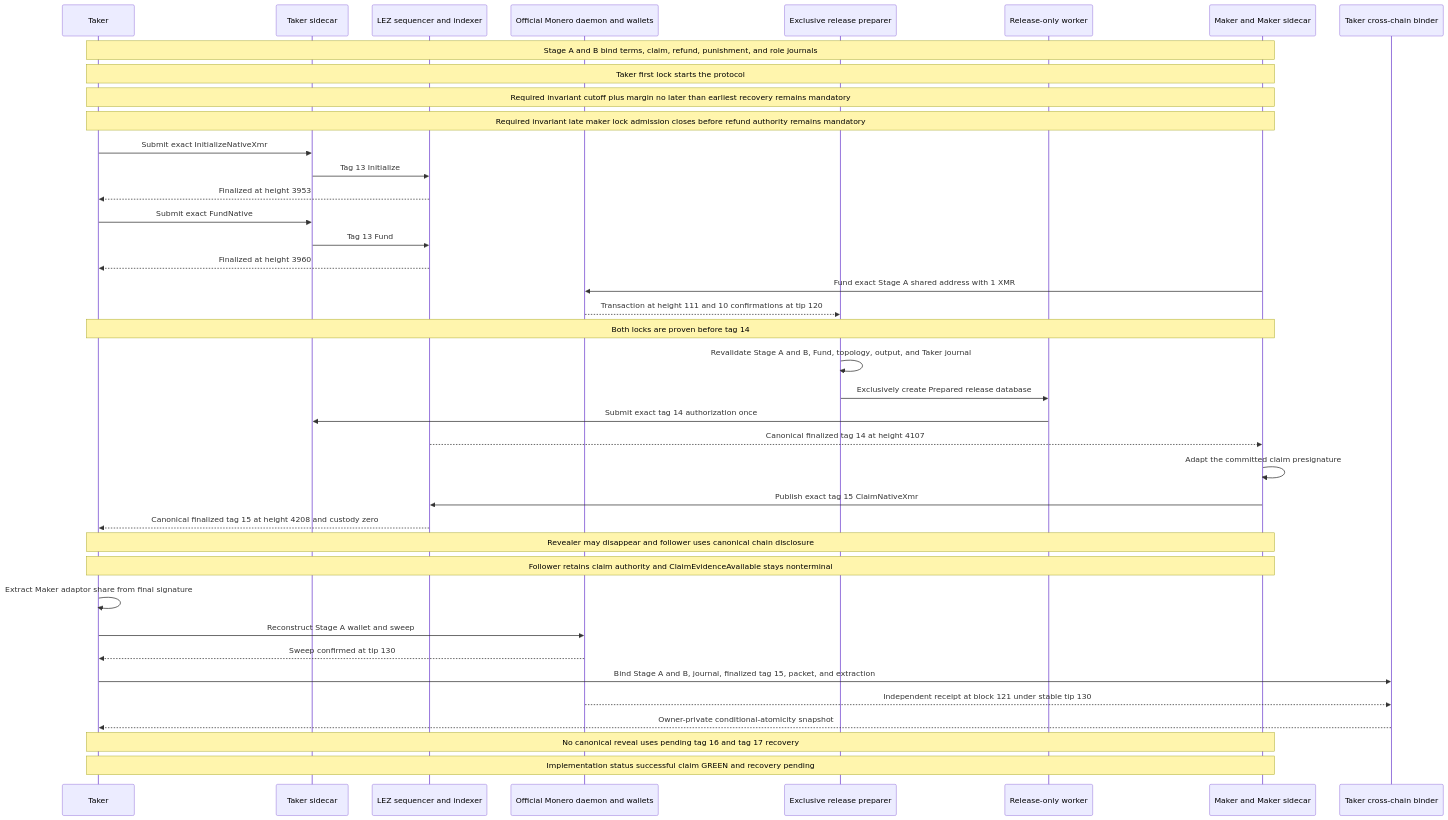
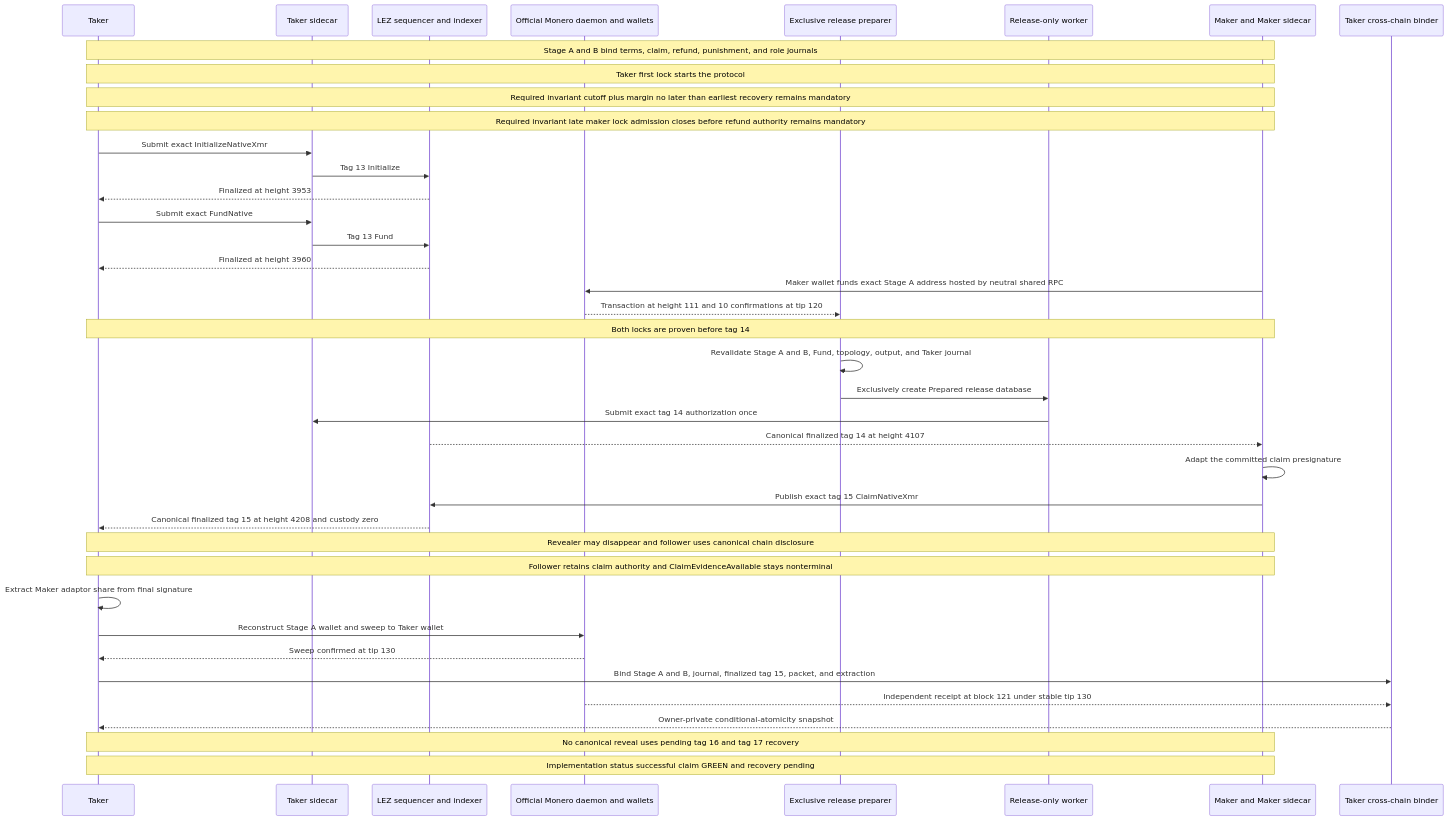
One commit to gateway-fm/lez-atomic-swaps changed diagram 24 of 30 in docs/architecture/system-architecture.md. Above: the diagram before and after it, drawn with Mermaid. The commit also changed other lines of this file and 17 other files, not shown here.

````diff
--- a/docs/architecture/system-architecture.md
+++ b/docs/architecture/system-architecture.md
@@ -2366,42 +2366,42 @@
 ```mermaid
 sequenceDiagram
     participant T as Taker
     participant TS as Taker sidecar
     participant L as LEZ sequencer and indexer
     participant X as Official Monero daemon and wallets
     participant P as Exclusive release preparer
     participant W as Release-only worker
     participant M as Maker and Maker sidecar
     participant B as Taker cross-chain binder
 
     Note over T,M: Stage A and B bind terms, claim, refund, punishment, and role journals
     Note over T,M: Taker first lock starts the protocol
     Note over T,M: Required invariant cutoff plus margin no later than earliest recovery remains mandatory
     Note over T,M: Required invariant late maker lock admission closes before refund authority remains mandatory
     T->>TS: Submit exact InitializeNativeXmr
     TS->>L: Tag 13 Initialize
     L-->>T: Finalized at height 3953
     T->>TS: Submit exact FundNative
     TS->>L: Tag 13 Fund
     L-->>T: Finalized at height 3960
-    M->>X: Fund exact Stage A shared address with 1 XMR
+    M->>X: Maker wallet funds exact Stage A address hosted by neutral shared RPC
     X-->>P: Transaction at height 111 and 10 confirmations at tip 120
     Note over T,M: Both locks are proven before tag 14
     P->>P: Revalidate Stage A and B, Fund, topology, output, and Taker journal
     P->>W: Exclusively create Prepared release database
     W->>TS: Submit exact tag 14 authorization once
     L-->>M: Canonical finalized tag 14 at height 4107
     M->>M: Adapt the committed claim presignature
     M->>L: Publish exact tag 15 ClaimNativeXmr
     L-->>T: Canonical finalized tag 15 at height 4208 and custody zero
     Note over T,M: Revealer may disappear and follower uses canonical chain disclosure
     Note over T,M: Follower retains claim authority and ClaimEvidenceAvailable stays nonterminal
     T->>T: Extract Maker adaptor share from final signature
-    T->>X: Reconstruct Stage A wallet and sweep
+    T->>X: Reconstruct Stage A wallet and sweep to Taker wallet
     X-->>T: Sweep confirmed at tip 130
     T->>B: Bind Stage A and B, journal, finalized tag 15, packet, and extraction
     X-->>B: Independent receipt at block 121 under stable tip 130
     B-->>T: Owner-private conditional-atomicity snapshot
     Note over T,M: No canonical reveal uses pending tag 16 and tag 17 recovery
     Note over T,M: Implementation status successful claim GREEN and recovery pending
 ```
````
